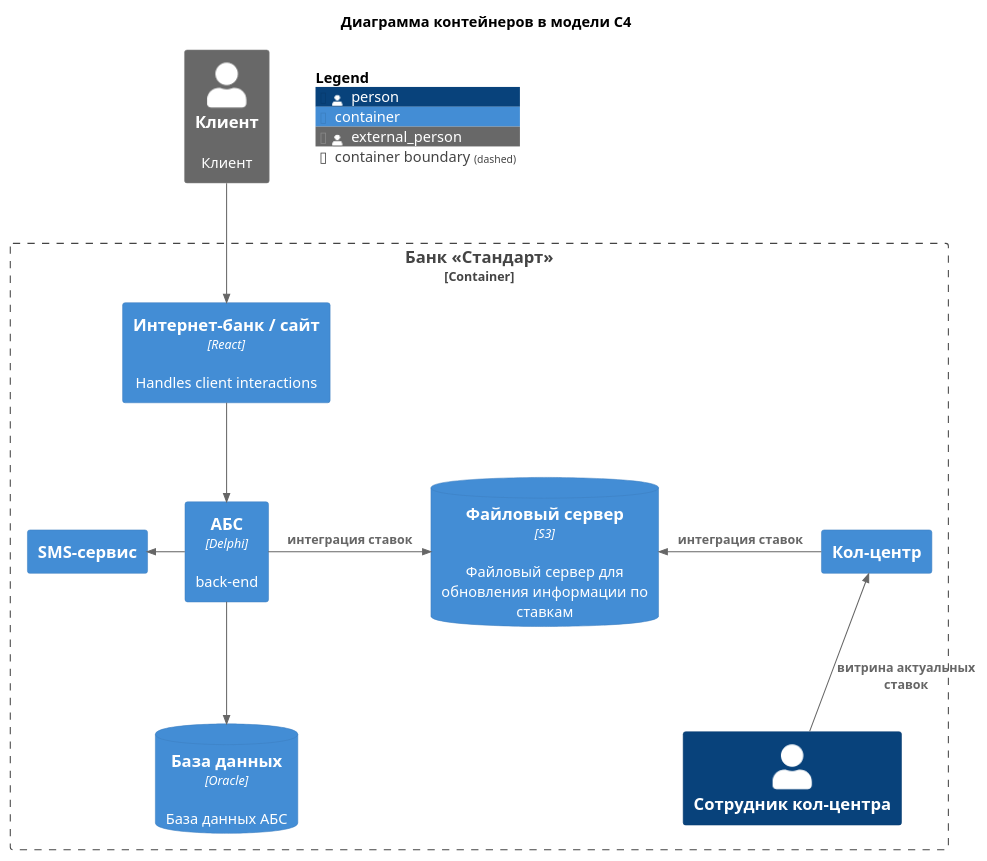
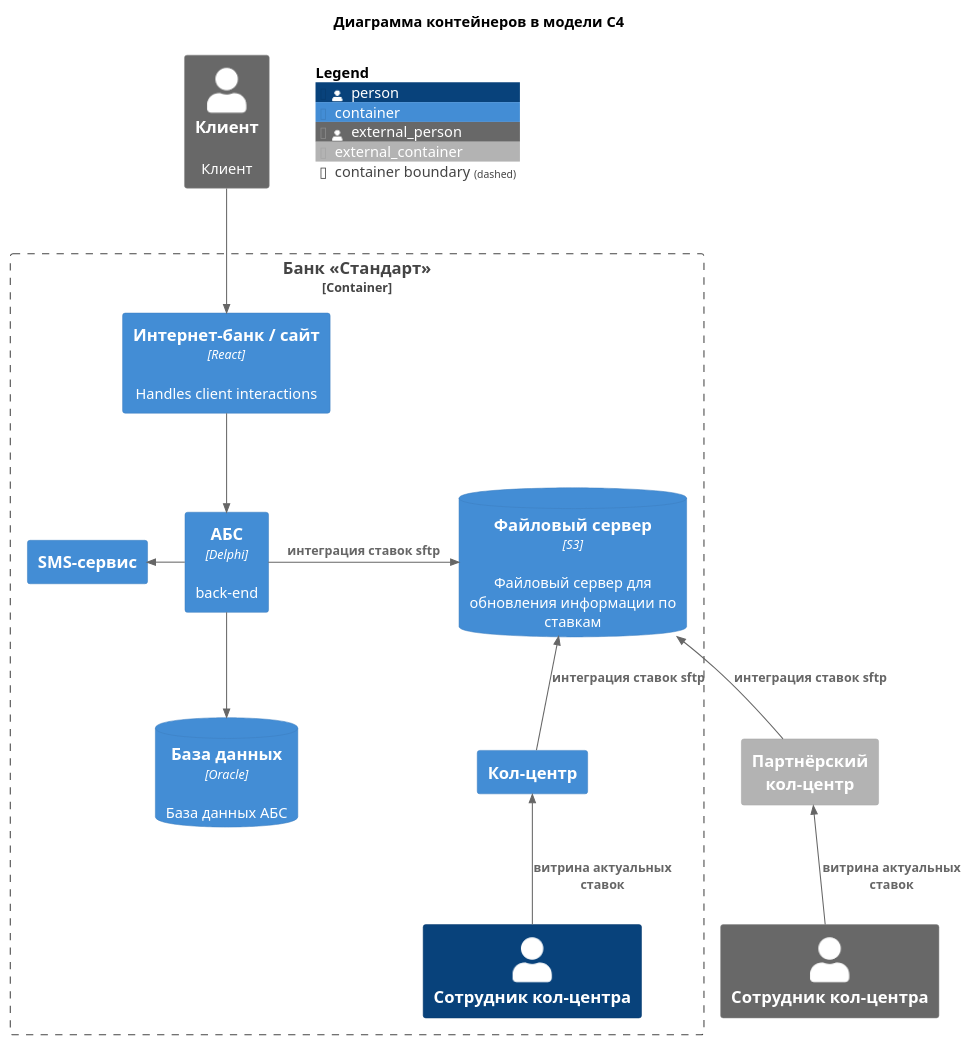
The diagram in Exc4/task-4-container.puml (vskurikhin/architecture-sprint-9), drawn with PlantUML before and after one commit. The commit also changed 14 other files, not shown here.

```diff
--- a/Exc4/task-4-container.puml
+++ b/Exc4/task-4-container.puml
@@ -1,32 +1,37 @@
 @startuml
 !include C4.puml
 !include C4_Context.puml
 !include C4_Container.puml
 !include C4_Component.puml
 
 title Диаграмма контейнеров в модели C4
 
 top to bottom direction
 
 Person_Ext(client, "Клиент", "Клиент")
 
 Container_Boundary(bankStandard, "Банк «Стандарт»") {
   Person(empCallCenter, "Сотрудник кол-центра")
   Container(site, "Интернет-банк / сайт", "React", "Handles client interactions")
   Container(abs, "АБС", "Delphi", "back-end")
   Container(smsService, "SMS-сервис")
   Container(callCenter, "Кол-центр")
   ContainerDb(database, "База данных", "Oracle", "База данных АБС")
   ContainerDb(fileStorage, "Файловый сервер", "S3", "Файловый сервер для обновления информации по ставкам")
 }
 
+Container_Ext(callCenterExt, "Партнёрский кол-центр")
+Person_Ext(empCallCenterExt, "Сотрудник кол-центра")
+
 Rel(client, site, "")
 Rel(site, abs, "")
 Rel_L(abs, smsService, "")
 Rel(abs, database, "")
-Rel_R(abs, fileStorage, "интеграция ставок")
-Rel_L(callCenter, fileStorage, "интеграция ставок")
+Rel_R(abs, fileStorage, "интеграция ставок sftp")
+Rel_U(callCenter, fileStorage, "интеграция ставок sftp")
 Rel_U(empCallCenter, callCenter, "витрина актуальных ставок")
+Rel_U(callCenterExt, fileStorage, "интеграция ставок sftp")
+Rel_U(empCallCenterExt, callCenterExt, "витрина актуальных ставок")
 
 SHOW_FLOATING_LEGEND()
 @enduml
```
